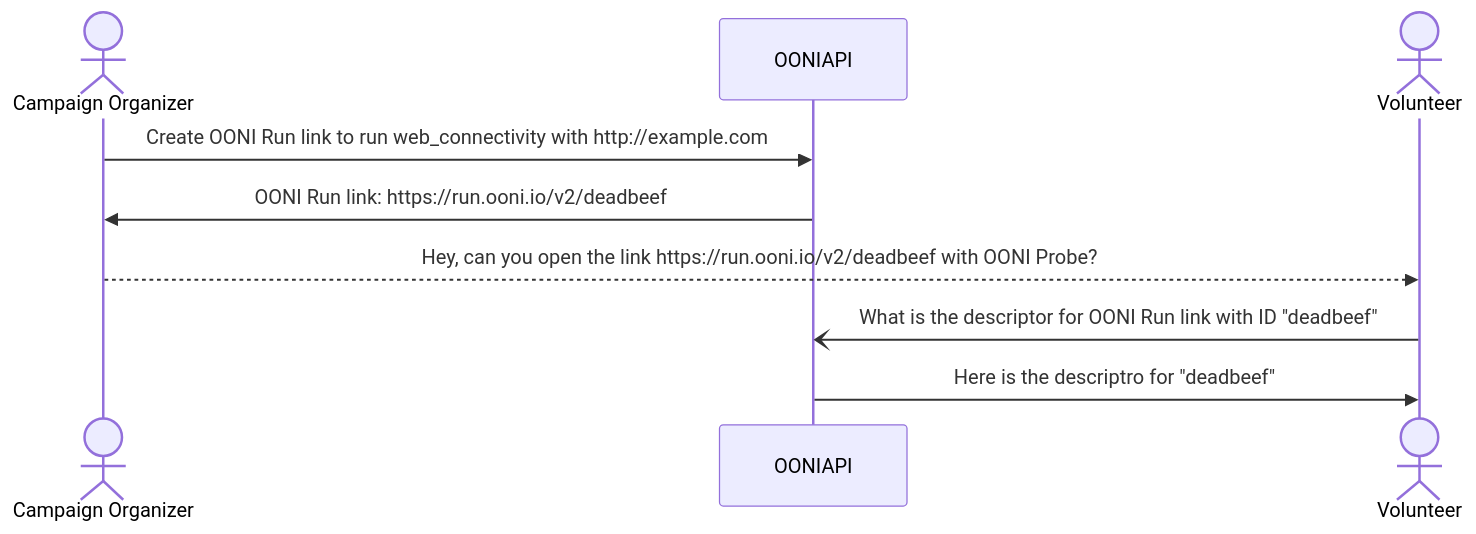
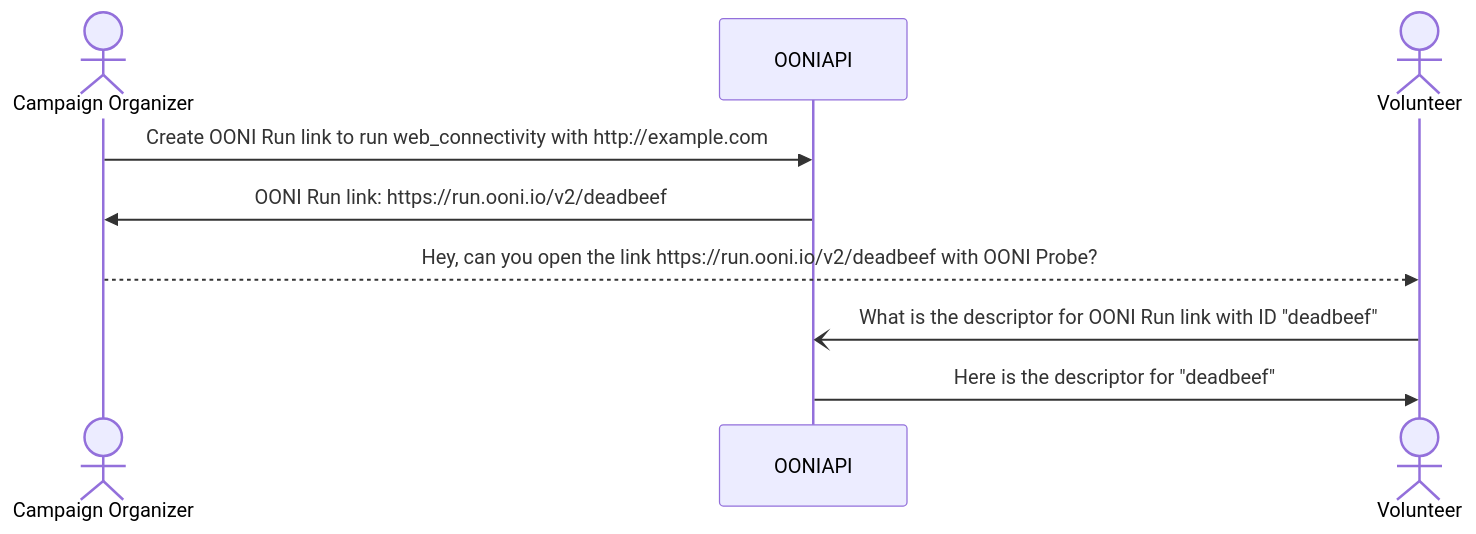
Before and after one commit to ooni/spec: the diagram in backends/bk-005-ooni-run-v2.md, drawn with Mermaid.

````diff
--- a/backends/bk-005-ooni-run-v2.md
+++ b/backends/bk-005-ooni-run-v2.md
@@ -32,12 +32,12 @@
 ```mermaid
 sequenceDiagram
     actor CampaignOrganizer as Campaign Organizer
     participant OONIAPI
     actor Volunteer
 
     CampaignOrganizer->>OONIAPI: Create OONI Run link to run web_connectivity with http://example.com
     OONIAPI->>CampaignOrganizer: OONI Run link: https://run.ooni.io/v2/deadbeef
     CampaignOrganizer-->>Volunteer: Hey, can you open the link https://run.ooni.io/v2/deadbeef with OONI Probe?
     Volunteer-)OONIAPI: What is the descriptor for OONI Run link with ID "deadbeef"
-    OONIAPI->>Volunteer: Here is the descriptro for "deadbeef"
+    OONIAPI->>Volunteer: Here is the descriptor for "deadbeef"
 ```
````
